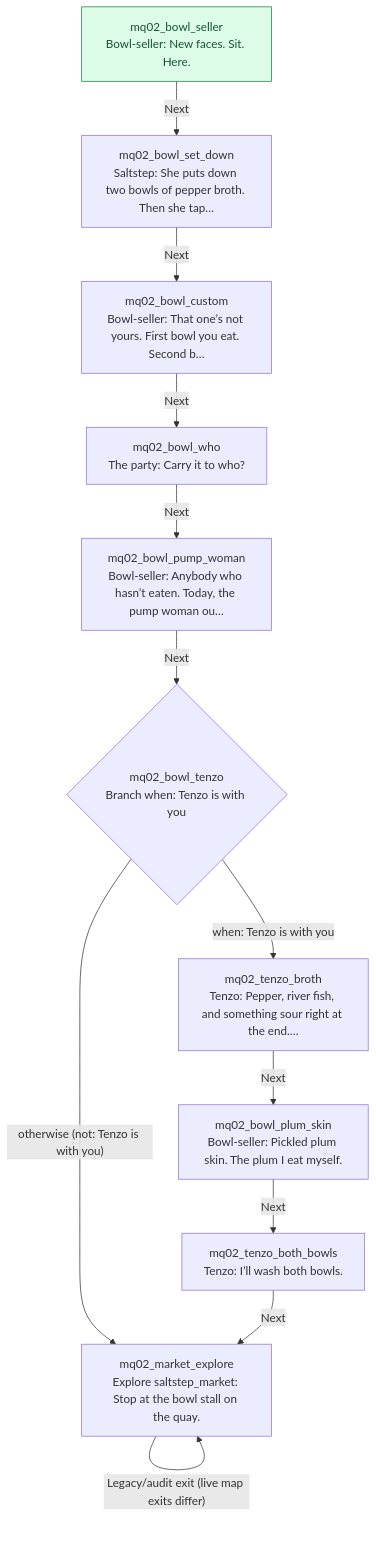
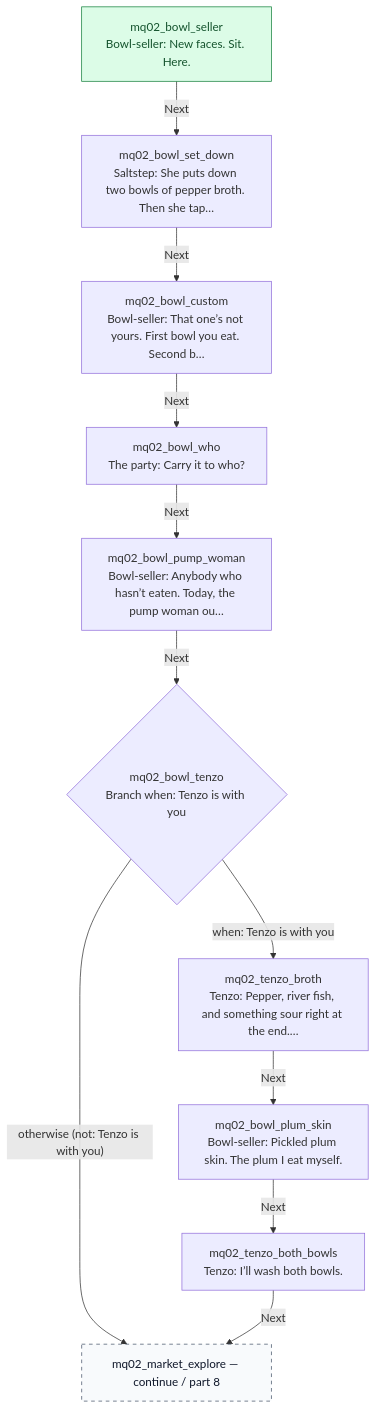
One commit to jaredbahr/Avatarrpg changed the first of 13 diagrams in docs/story/mq02-paper-and-stone.md. Above: the diagram before and after it, drawn with Mermaid. The commit also changed other lines of this file and 13 other files, not shown here.

````diff
--- a/docs/story/mq02-paper-and-stone.md
+++ b/docs/story/mq02-paper-and-stone.md
@@ -21,27 +21,26 @@
 ```mermaid
 flowchart TD
   n118["mq02_bowl_seller<br/>Bowl-seller: New faces. Sit. Here."]:::entry
   n119["mq02_bowl_set_down<br/>Saltstep: She puts down two bowls of pepper broth. Then she tap…"]
   n115["mq02_bowl_custom<br/>Bowl-seller: That one’s not yours. First bowl you eat. Second b…"]
   n121["mq02_bowl_who<br/>The party: Carry it to who?"]
   n117["mq02_bowl_pump_woman<br/>Bowl-seller: Anybody who hasn’t eaten. Today, the pump woman ou…"]
   n120{"mq02_bowl_tenzo<br/>Branch when: Tenzo is with you"}
   n215["mq02_tenzo_broth<br/>Tenzo: Pepper, river fish, and something sour right at the end.…"]
-  n171["mq02_market_explore<br/>Explore saltstep_market: Stop at the bowl stall on the quay."]
   n116["mq02_bowl_plum_skin<br/>Bowl-seller: Pickled plum skin. The plum I eat myself."]
   n214["mq02_tenzo_both_bowls<br/>Tenzo: I’ll wash both bowls."]
+  n171["mq02_market_explore — continue / part 8"]:::continuation
   n115 -->|"Next"| n121
   n116 -->|"Next"| n214
   n117 -->|"Next"| n120
   n118 -->|"Next"| n119
   n119 -->|"Next"| n115
   n120 -->|"when: Tenzo is with you"| n215
   n120 -->|"otherwise (not: Tenzo is with you)"| n171
   n121 -->|"Next"| n117
-  n171 -->|"Legacy/audit exit (live map exits differ)"| n171
   n214 -->|"Next"| n171
   n215 -->|"Next"| n116
   classDef entry fill:#dcfce7,stroke:#15803d,color:#14532d
   classDef external fill:#f3e8ff,stroke:#7e22ce,color:#581c87
   classDef continuation fill:#f8fafc,stroke:#475569,color:#0f172a,stroke-dasharray:5 5
 ```
````
